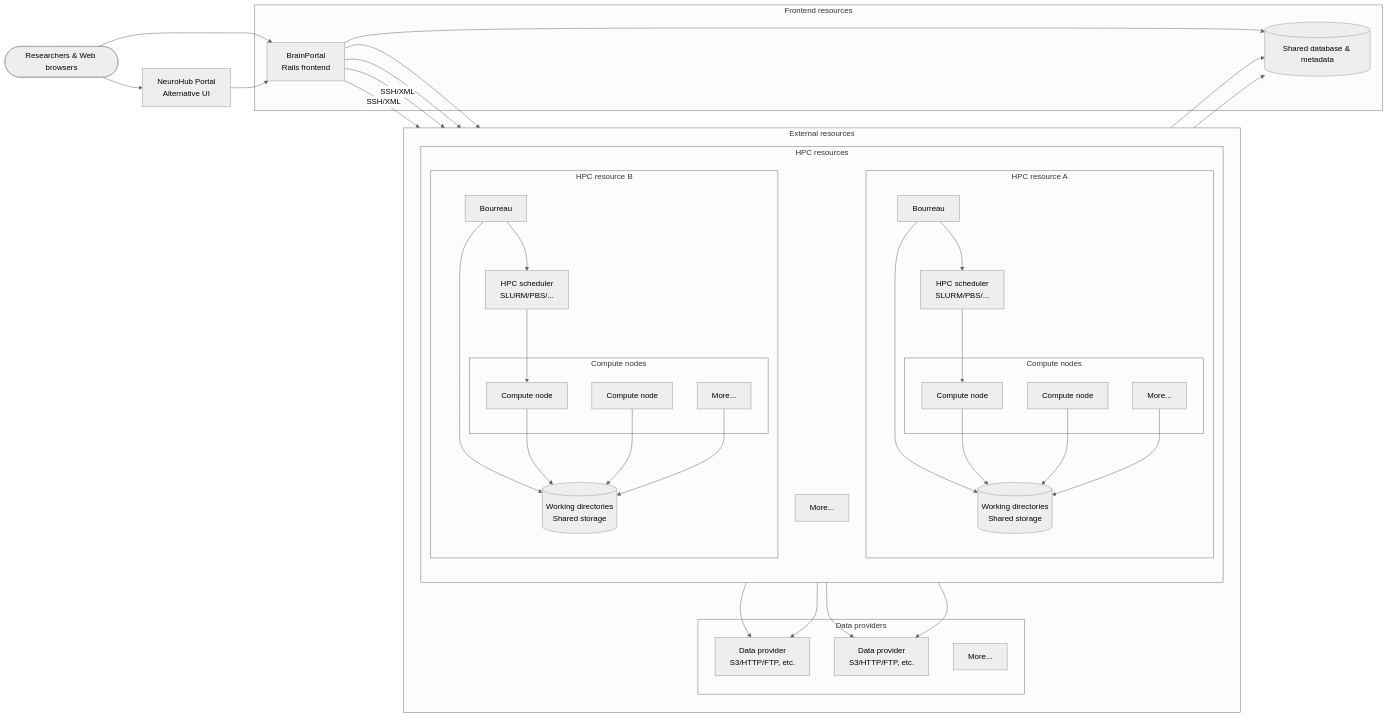
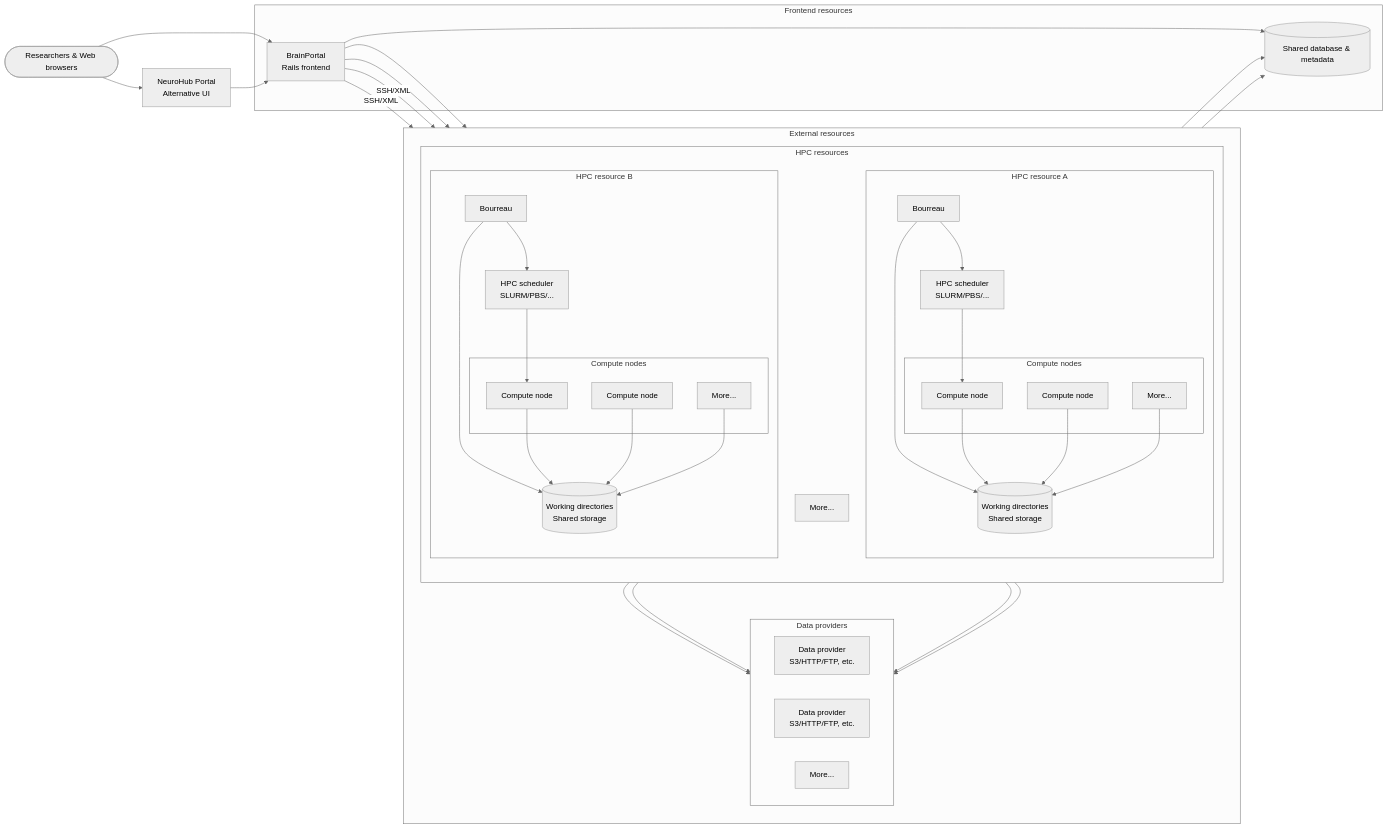
The diagram in README.md (aces/cbrain), drawn with Mermaid (neutral theme) before and after one commit.

Commit message:
Set data providers layout direction

````diff
--- a/README.md
+++ b/README.md
@@ -25,66 +25,67 @@
 ```mermaid
 flowchart LR
   Users([Researchers & Web browsers])
   NH[NeuroHub Portal<br/>Alternative UI]
   subgraph Frontend[Frontend resources]
     BP[BrainPortal<br/>Rails frontend]
     DB[(Shared database & metadata)]
   end
   subgraph ExternalResources[External resources]
     direction TB
     subgraph DataProviders[Data providers]
+      direction LR
       DP1[Data provider<br/>S3/HTTP/FTP, etc.]
       DP2[Data provider<br/>S3/HTTP/FTP, etc.]
       DP3[More...]
     end
     subgraph HPCResources[HPC resources]
       direction TB
       subgraph ResourceA[HPC resource A]
         BO1[Bourreau]
         Sched1[HPC scheduler<br/>SLURM/PBS/...]
       subgraph ComputePoolA[Compute nodes]
         Compute1[Compute node]
         Compute2[Compute node]
         ComputeMoreA[More...]
       end
       Scratch1[(Working directories<br/>Shared storage)]
       end
       subgraph ResourceB[HPC resource B]
         BO2[Bourreau]
         Sched2[HPC scheduler<br/>SLURM/PBS/...]
       subgraph ComputePoolB[Compute nodes]
         Compute3[Compute node]
         Compute4[Compute node]
         ComputeMoreB[More...]
       end
       Scratch2[(Working directories<br/>Shared storage)]
       end
       ResourceMore[More...]
     end
   end
 
   Users --> BP
   Users --> NH
   NH --> BP
   BP --> DB
   BP --> DP1
   BP --> DP2
   BP -->|SSH/XML| BO1
   BP -->|SSH/XML| BO2
   BO1 --> DP1
   BO1 --> DP2
   BO2 --> DP1
   BO2 --> DP2
   BO1 --> DB
   BO2 --> DB
   BO1 --> Sched1 --> Compute1
   BO2 --> Sched2 --> Compute3
   BO1 --> Scratch1
   BO2 --> Scratch2
   Compute1 --> Scratch1
   Compute2 --> Scratch1
   ComputeMoreA --> Scratch1
   Compute3 --> Scratch2
   Compute4 --> Scratch2
   ComputeMoreB --> Scratch2
 ```
````
